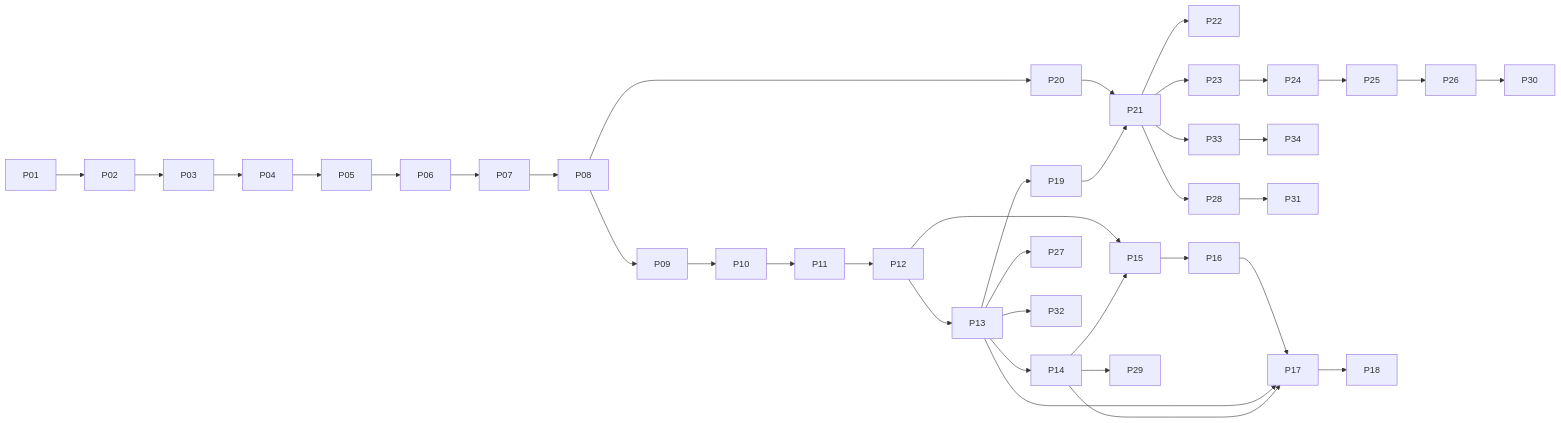
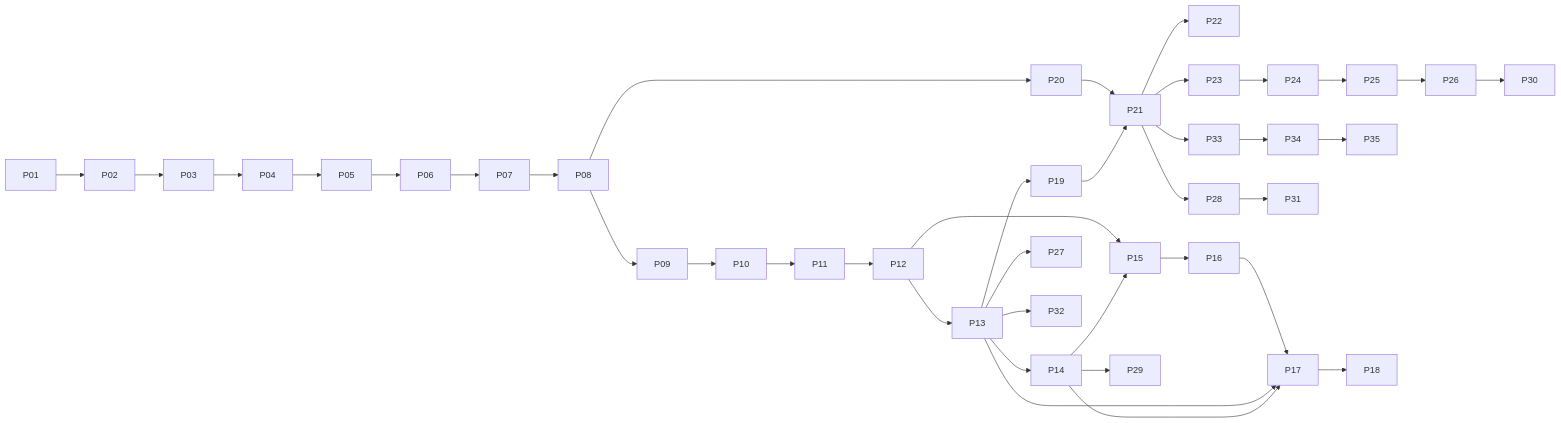
One commit to takemo101/ambien changed the diagram in docs/implementation-plan.md. Above: the diagram before and after it, drawn with Mermaid. The commit also changed other lines of this file and 13 other files, not shown here.

````diff
--- a/docs/implementation-plan.md
+++ b/docs/implementation-plan.md
@@ -108,24 +108,25 @@
 ```mermaid
 flowchart LR
  P01 --> P02 --> P03 --> P04 --> P05 --> P06 --> P07 --> P08 --> P09 --> P10 --> P11 --> P12 --> P13 --> P14
  P12 --> P15
  P13 --> P19
  P08 --> P20
  P20 --> P21
  P19 --> P21
  P21 --> P22
  P21 --> P23
  P23 --> P24 --> P25
  P13 --> P27
  P21 --> P28
  P14 --> P29
  P21 --> P33
  P33 --> P34
+ P34 --> P35
  P26 --> P30
  P28 --> P31
  P13 --> P32
  P25 --> P26
  P14 --> P15 --> P16 --> P17 --> P18
  P13 --> P17
  P14 --> P17
 ```
````
